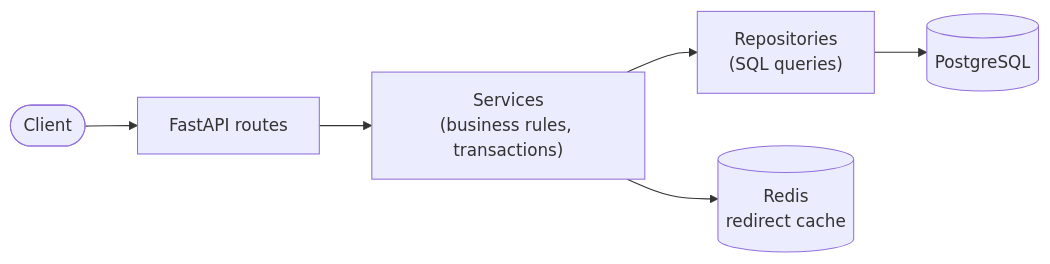
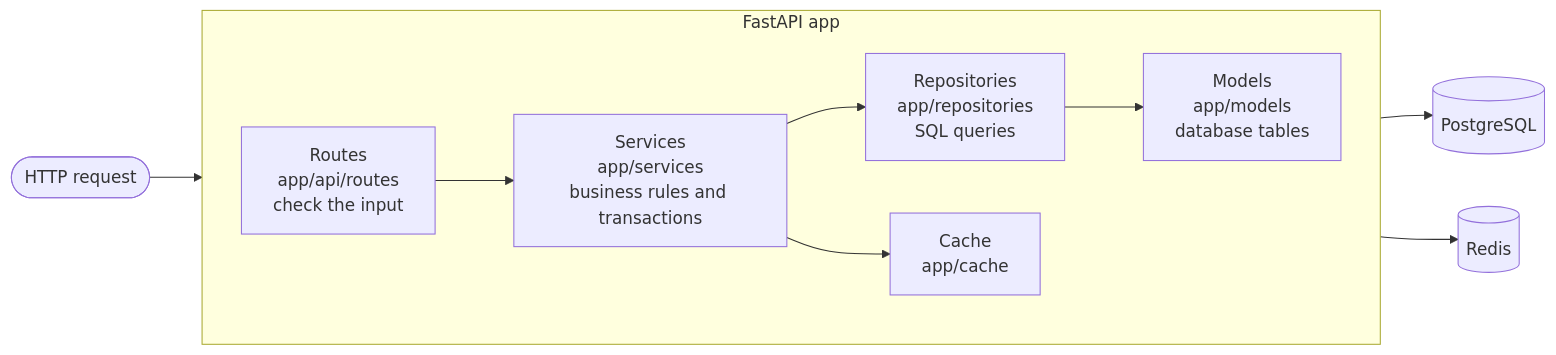
One commit to Aline-CROIRE/url-shortener-fastapi changed the second of 4 diagrams in README.md. Above: the diagram before and after it, drawn with Mermaid. The commit also changed other lines of this file, not shown here.

Commit message:
docs: expand README architecture and ERD diagrams

````diff
--- a/README.md
+++ b/README.md
@@ -11,8 +42,20 @@
 ```mermaid
 flowchart LR
-    client([Client]) --> api["FastAPI routes"]
-    api --> services["Services<br/>(business rules, transactions)"]
-    services --> repos["Repositories<br/>(SQL queries)"]
-    services --> cache[("Redis<br/>redirect cache")]
-    repos --> db[("PostgreSQL")]
+    request(["HTTP request"]) --> routes
+
+    subgraph app["FastAPI app"]
+        direction LR
+        routes["Routes<br/>app/api/routes<br/>check the input"]
+        services["Services<br/>app/services<br/>business rules and transactions"]
+        repos["Repositories<br/>app/repositories<br/>SQL queries"]
+        models["Models<br/>app/models<br/>database tables"]
+        cache["Cache<br/>app/cache"]
+    end
+
+    routes --> services
+    services --> repos
+    repos --> models
+    services --> cache
+    models --> pg[("PostgreSQL")]
+    cache --> rd[("Redis")]
 ```
````
